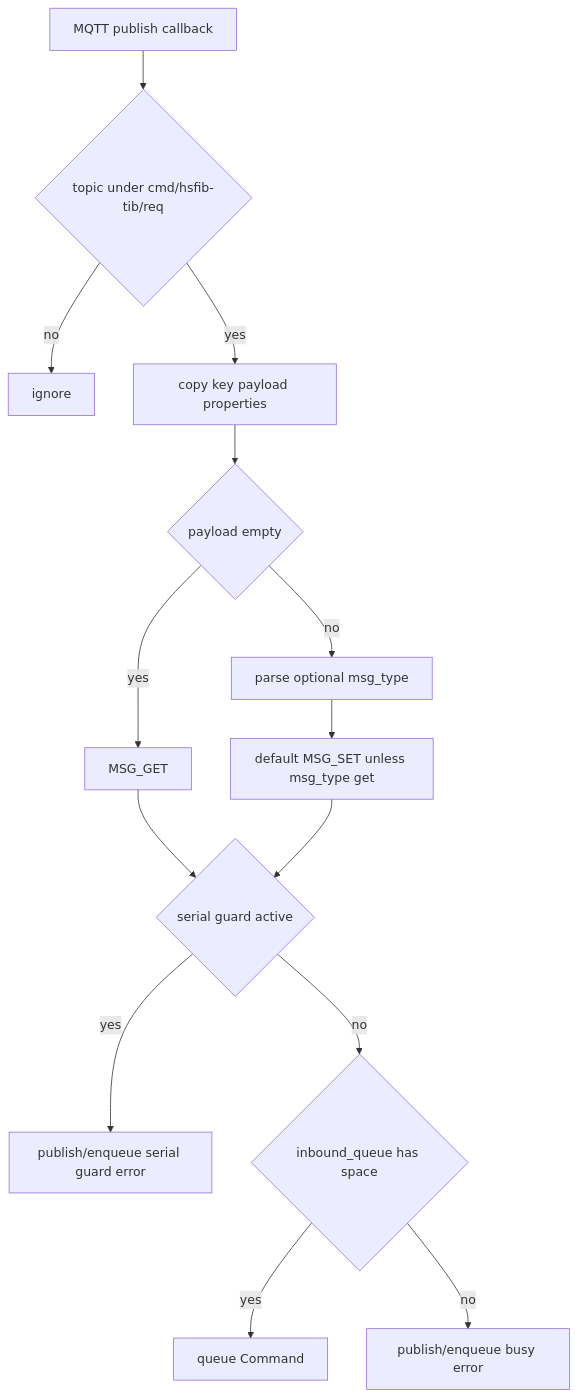
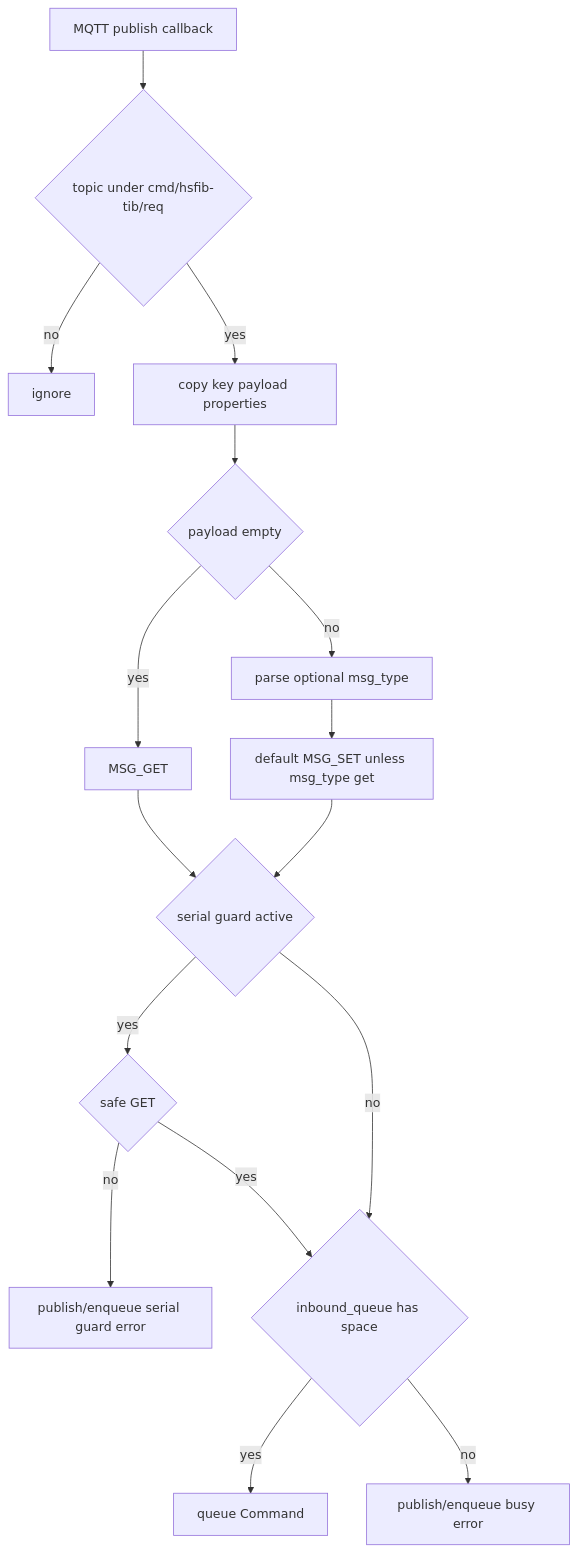
One commit to COO-Utilities/hispec-tib changed the fourth of 17 diagrams in doc/diagrams.md. Above: the diagram before and after it, drawn with Mermaid. The commit also changed other lines of this file and 21 other files, not shown here.

````diff
--- a/doc/diagrams.md
+++ b/doc/diagrams.md
@@ -74,16 +78,18 @@
 ```mermaid
 flowchart TD
   Pub[MQTT publish callback] --> Prefix{topic under cmd/hsfib-tib/req}
   Prefix -- no --> Drop[ignore]
   Prefix -- yes --> Copy[copy key payload properties]
   Copy --> Type{payload empty}
   Type -- yes --> Get[MSG_GET]
   Type -- no --> Parse[parse optional msg_type]
   Parse --> SetOrGet[default MSG_SET unless msg_type get]
   Get --> Guard{serial guard active}
   SetOrGet --> Guard
-  Guard -- yes --> Reject[publish/enqueue serial guard error]
-  Guard -- no --> Enq{inbound_queue has space}
+  Guard -- yes --> GetAllowed{safe GET}
+  GetAllowed -- no --> Reject[publish/enqueue serial guard error]
+  GetAllowed -- yes --> Enq{inbound_queue has space}
+  Guard -- no --> Enq
   Enq -- yes --> Queue[queue Command]
   Enq -- no --> Busy[publish/enqueue busy error]
 ```
````
